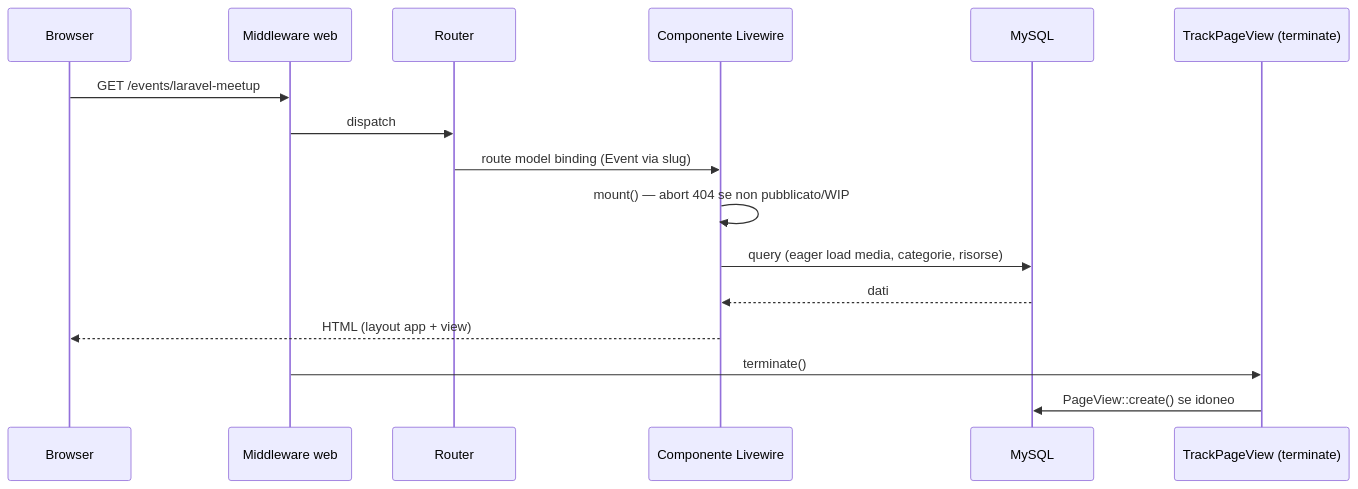
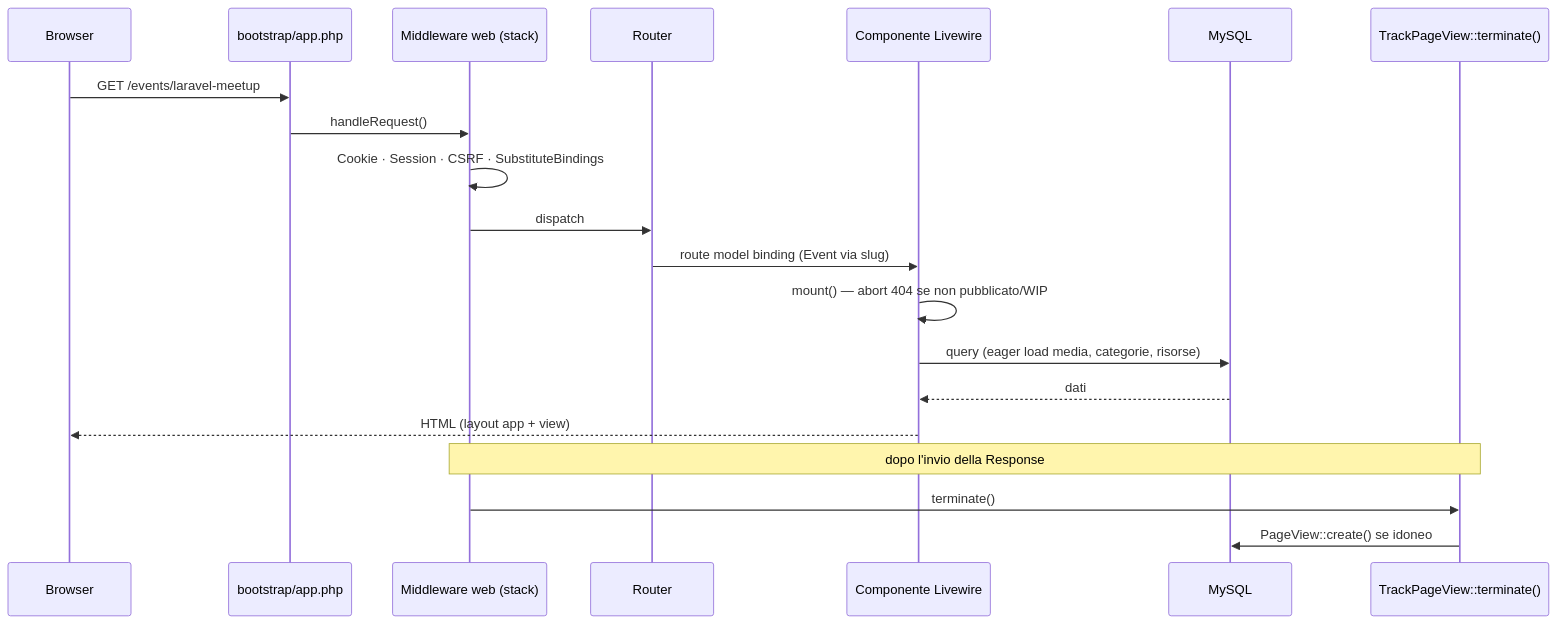
The second of 3 diagrams in docs/02_architettura/01_architettura.md (salento-dev/website), drawn with Mermaid before and after one commit. The commit also changed other lines of this file and 16 other files, not shown here.

````diff
--- a/docs/02_architettura/01_architettura.md
+++ b/docs/02_architettura/01_architettura.md
@@ -57,19 +118,23 @@
 ```mermaid
 sequenceDiagram
     participant B as Browser
-    participant M as Middleware web
+    participant K as bootstrap/app.php
+    participant M as Middleware web (stack)
     participant R as Router
     participant L as Componente Livewire
     participant DB as MySQL
-    participant T as TrackPageView (terminate)
+    participant T as TrackPageView::terminate()
 
-    B->>M: GET /events/laravel-meetup
+    B->>K: GET /events/laravel-meetup
+    K->>M: handleRequest()
+    M->>M: Cookie · Session · CSRF · SubstituteBindings
     M->>R: dispatch
     R->>L: route model binding (Event via slug)
     L->>L: mount() — abort 404 se non pubblicato/WIP
     L->>DB: query (eager load media, categorie, risorse)
     DB-->>L: dati
     L-->>B: HTML (layout app + view)
+    Note over M,T: dopo l'invio della Response
     M->>T: terminate()
     T->>DB: PageView::create() se idoneo
 ```
````
